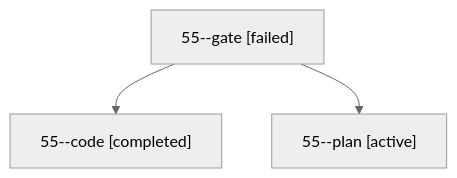
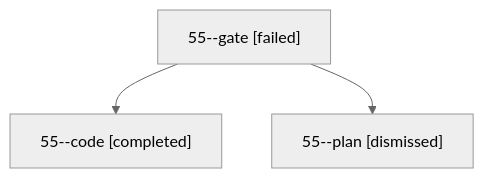
The diagram in sessions/bbugyi200.athena.55.md (sase-org/sase--agents), drawn with Mermaid (neutral theme) before and after one commit. The commit also changed other lines of this file and 21 other files, not shown here.

````diff
--- a/sessions/bbugyi200.athena.55.md
+++ b/sessions/bbugyi200.athena.55.md
@@ -9,8 +9,8 @@
 ```mermaid
 flowchart TD
   n0["55--gate [failed]"]
   n1["55--code [completed]"]
   n0 --> n1
-  n2["55--plan [active]"]
+  n2["55--plan [dismissed]"]
   n0 --> n2
 ```
````
